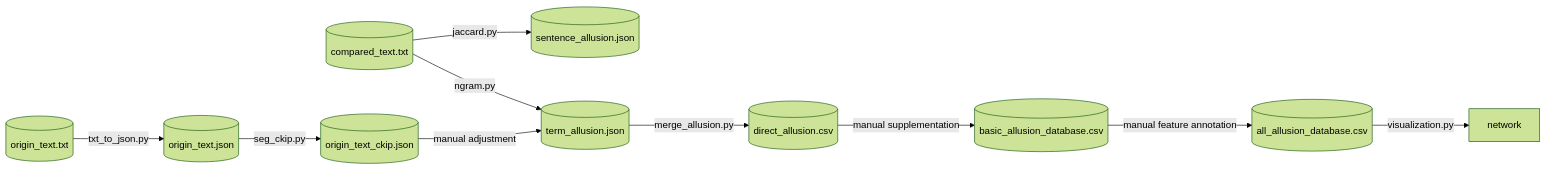
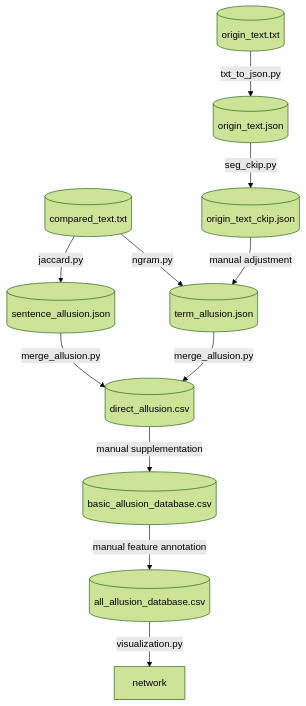
Before and after one commit to Taoyi-Chiang/lufu_allusion: the diagram in README.md, drawn with Mermaid (forest theme).

````diff
--- a/README.md
+++ b/README.md
@@ -3,26 +3,27 @@
 ```mermaid
-graph LR
+graph TD
     %% 1. 定義各個節點
     A1[(origin_text.txt)]
     A2[(compared_text.txt)]
     B1[(origin_text.json)]
     B2[(origin_text_ckip.json)]
     C1[(sentence_allusion.json)]
     C2[(term_allusion.json)]
     D1[(direct_allusion.csv)]
     E1[(basic_allusion_database.csv)]
     E2[(all_allusion_database.csv)]
     F1[network]
 
     %% 2. 定義接點方向
     A1-->|txt_to_json.py|B1
     B1-->|seg_ckip.py|B2
     B2-->|manual adjustment|C2
     A2-->|jaccard.py|C1
     A2-->|ngram.py|C2
+    C1-->|merge_allusion.py|D1
     C2-->|merge_allusion.py|D1
     D1-->|manual supplementation|E1
     E1-->|manual feature annotation|E2
     E2-->|visualization.py|F1
     
 ```
````
